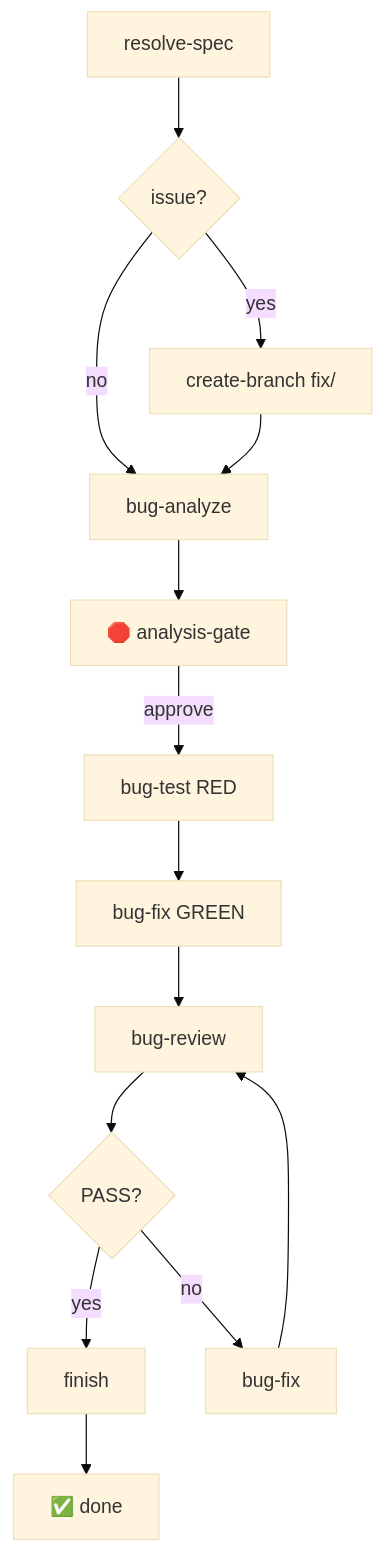
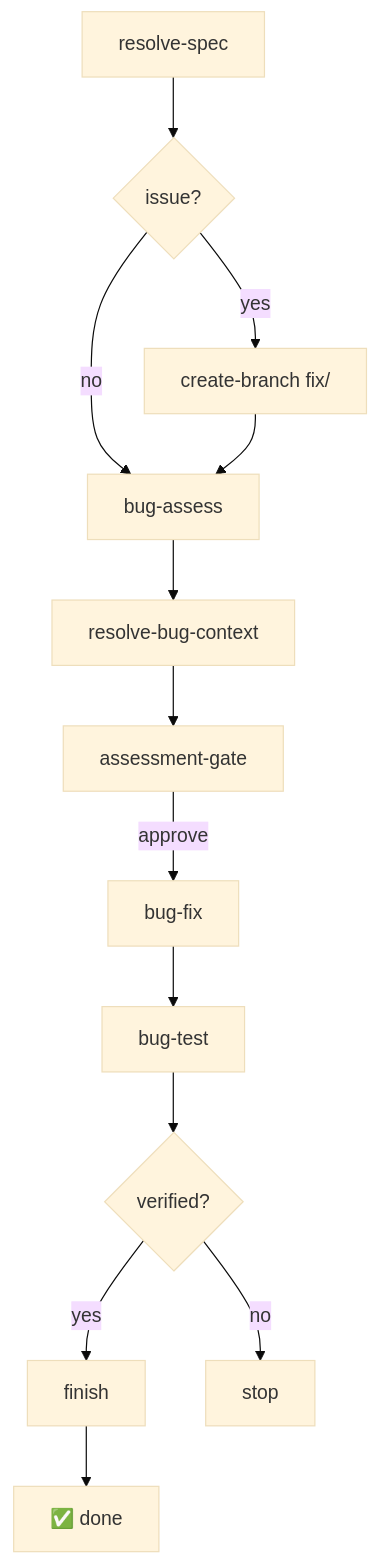
The third of 4 diagrams in docs/flows.md (markuswondrak/spec-kit-extended-flow), drawn with Mermaid (base theme) before and after one commit. The commit also changed other lines of this file and 51 other files, not shown here.

First line of the commit message:
feat: bundle bug extension, catalog infra, and unattended runtime for all flows

````diff
--- a/docs/flows.md
+++ b/docs/flows.md
@@ -50,16 +85,15 @@
 ```mermaid
 flowchart TD
     A[resolve-spec] --> B{issue?}
     B -->|yes| C[create-branch fix/]
-    B -->|no| D[bug-analyze]
+    B -->|no| D[bug-assess]
     C --> D
-    D --> E[🛑 analysis-gate]
-    E -->|approve| F[bug-test RED]
-    F --> G[bug-fix GREEN]
-    G --> H[bug-review]
-    H --> I{PASS?}
-    I -->|yes| K[finish]
-    I -->|no| J[bug-fix]
-    J --> H
-    K --> L[✅ done]
+    D --> E[resolve-bug-context]
+    E --> F[assessment-gate]
+    F -->|approve| G[bug-fix]
+    G --> H[bug-test]
+    H --> I{verified?}
+    I -->|yes| J[finish]
+    I -->|no| K[stop]
+    J --> L[✅ done]
 ```
````
